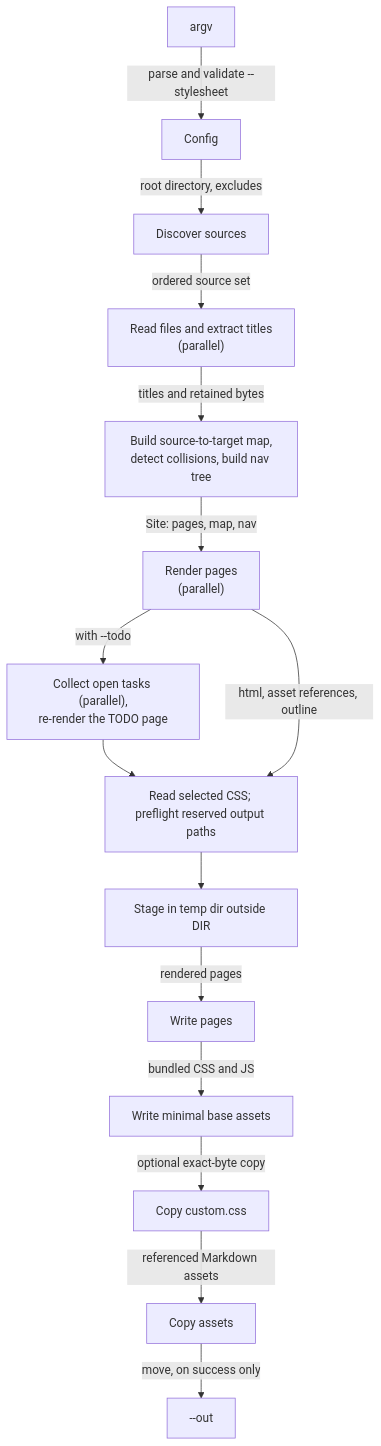
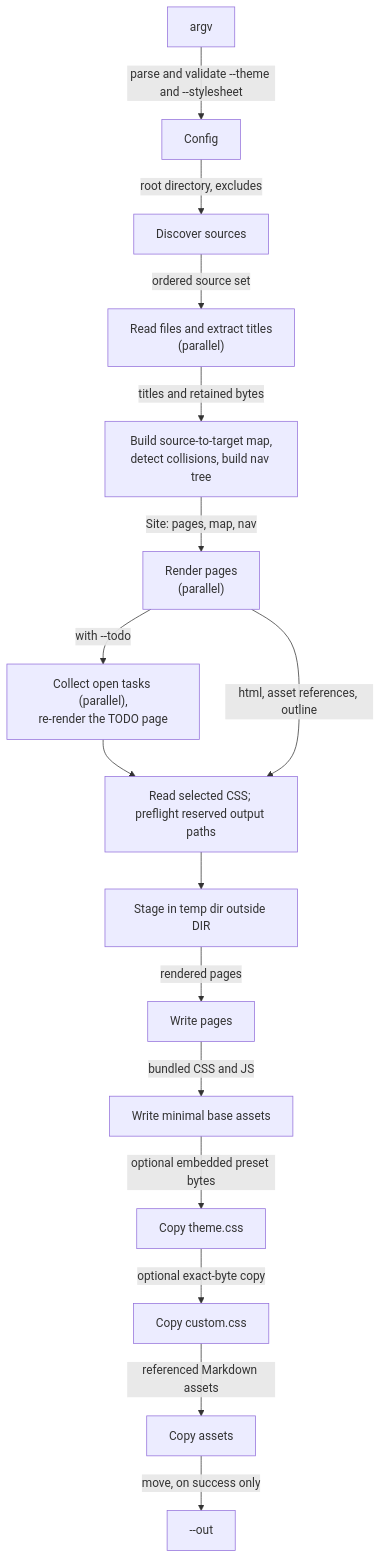
One commit to AltaraInc/ohimark changed the first of 2 diagrams in docs/architecture.md. Above: the diagram before and after it, drawn with Mermaid. The commit also changed other lines of this file and 9 other files, not shown here.

````diff
--- a/docs/architecture.md
+++ b/docs/architecture.md
@@ -14,18 +14,19 @@
 ```mermaid
 flowchart TD
-  ARGS["argv"] -->|"parse and validate --stylesheet"| CFG["Config"]
+  ARGS["argv"] -->|"parse and validate --theme and --stylesheet"| CFG["Config"]
   CFG -->|"root directory, excludes"| WALK["Discover sources"]
   WALK -->|"ordered source set"| READ["Read files and extract titles<br/>(parallel)"]
   READ -->|"titles and retained bytes"| MAP["Build source-to-target map,<br/>detect collisions, build nav tree"]
   MAP -->|"Site: pages, map, nav"| REND["Render pages<br/>(parallel)"]
   REND -->|"with --todo"| TODO["Collect open tasks (parallel),<br/>re-render the TODO page"]
   TODO --> PREFLIGHT
   REND -->|"html, asset references, outline"| PREFLIGHT["Read selected CSS; preflight reserved output paths"]
   PREFLIGHT --> STAGE
   STAGE["Stage in temp dir outside DIR"]
   STAGE -->|"rendered pages"| PAGES["Write pages"]
   PAGES -->|"bundled CSS and JS"| TH["Write minimal base assets"]
-  TH -->|"optional exact-byte copy"| CUSTOM["Copy custom.css"]
+  TH -->|"optional embedded preset bytes"| PRESET["Copy theme.css"]
+  PRESET -->|"optional exact-byte copy"| CUSTOM["Copy custom.css"]
   CUSTOM -->|"referenced Markdown assets"| COPY["Copy assets"]
   COPY -->|"move, on success only"| OUT["--out"]
 ```
````
